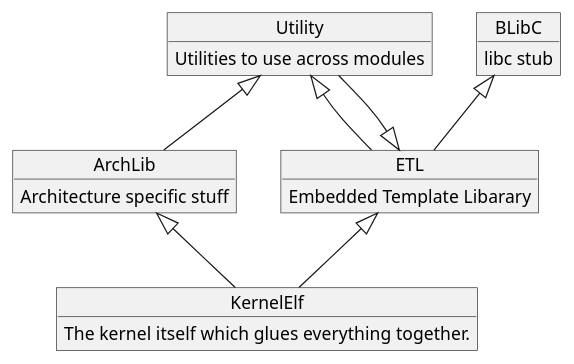
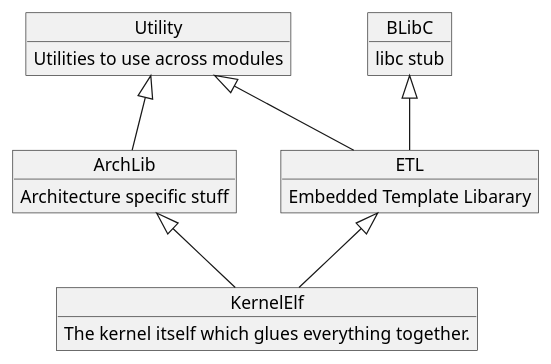
One commit to cbladt/BladtOS changed the diagram in Docs/ModuleDiagram.puml. Above: the diagram before and after it, drawn with PlantUML.

Commit message:
updated diagram

```diff
--- a/Docs/ModuleDiagram.puml
+++ b/Docs/ModuleDiagram.puml
@@ -1,29 +1,28 @@
 @startuml
 
 object KernelElf
 KernelElf : The kernel itself which glues everything together.
 
 object BLibC
 BLibC : libc stub
 
 object ArchLib
 ArchLib : Architecture specific stuff
 
 object Utility
 Utility : Utilities to use across modules
 
 object ETL
 ETL : Embedded Template Libarary
 
 BLibC <|-- ETL
 
 ArchLib <|-- KernelElf
+
 ETL <|-- KernelElf
-
-ETL <|-- Utility
 
 Utility <|-- ArchLib
 Utility <|-- ETL
 
 
 @enduml
```
